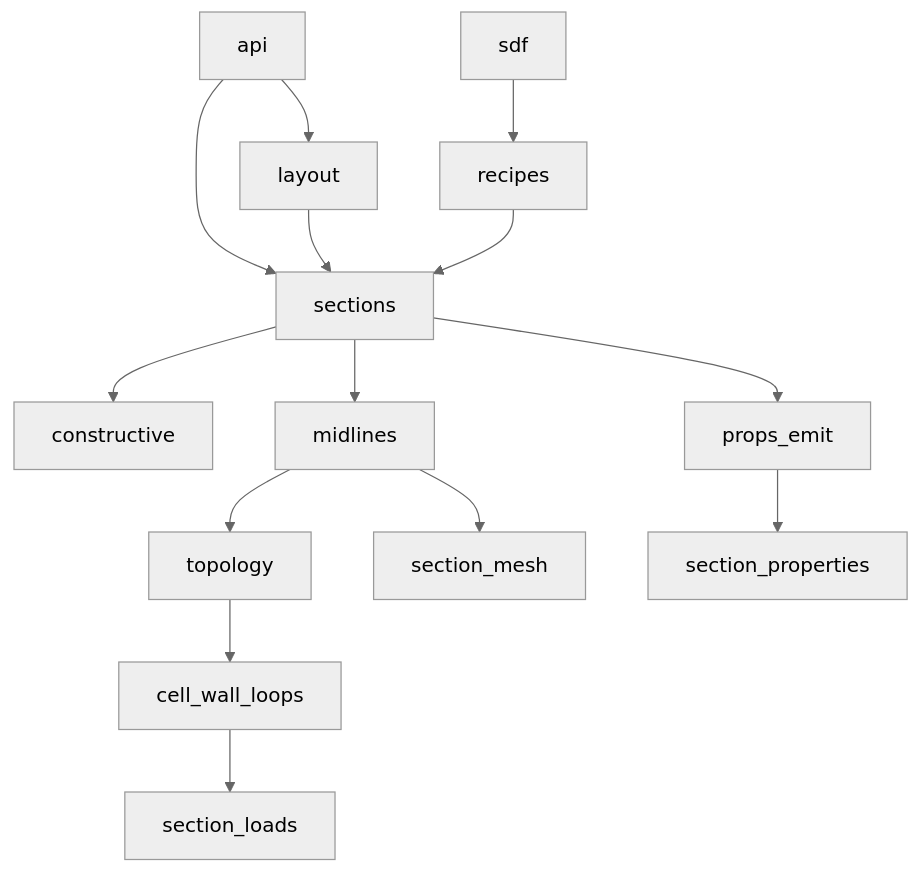
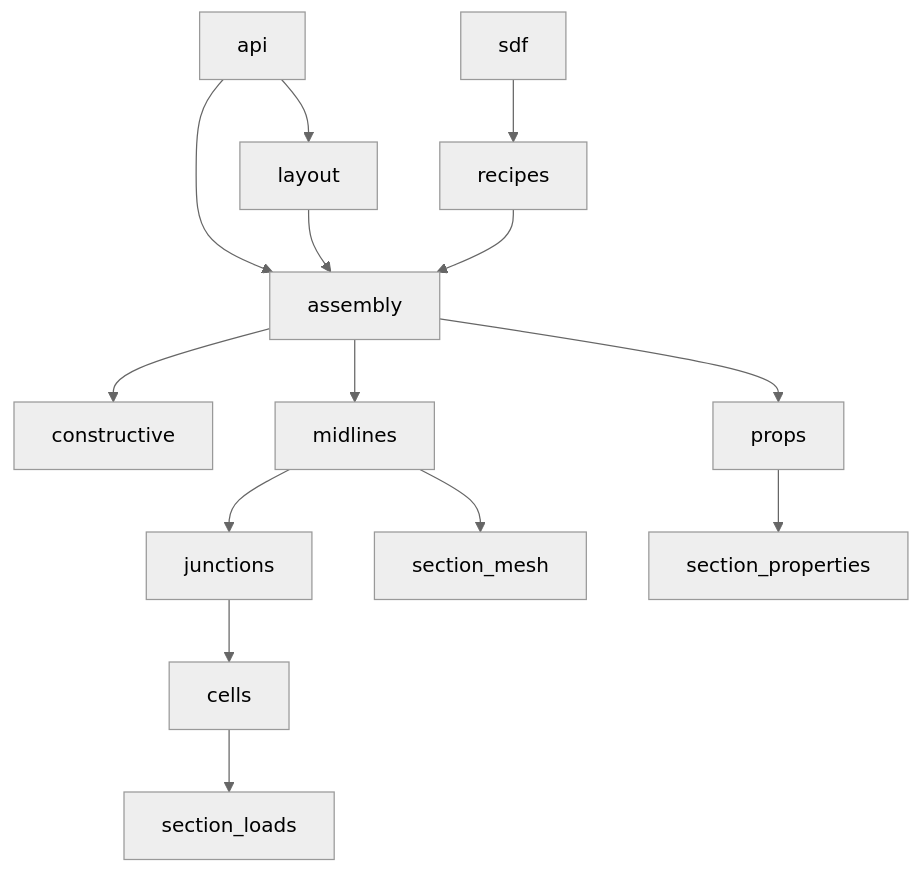
One commit to samhughes-fea/implicit-geometry-kernel changed the second of 3 diagrams in docs/section/README.md. Above: the diagram before and after it, drawn with Mermaid (neutral theme). The commit also changed other lines of this file and 406 other files, not shown here.

````diff
--- a/docs/section/README.md
+++ b/docs/section/README.md
@@ -189,16 +188,16 @@
 ```mermaid
 flowchart TB
   Api[api] --> Layout[layout]
-  Api --> Sections[sections]
-  Layout --> Sections
-  Recipes[recipes] --> Sections
+  Api --> Assembly[assembly]
+  Layout --> Assembly
+  Recipes[recipes] --> Assembly
   Sdf[sdf] --> Recipes
-  Sections --> Constructive[constructive]
-  Sections --> Mid[midlines]
-  Mid --> Topo[topology]
-  Topo --> CellWall[cell_wall_loops]
-  Sections --> PropsEmit[props_emit]
+  Assembly --> Constructive[constructive]
+  Assembly --> Mid[midlines]
+  Mid --> Topo[junctions]
+  Topo --> CellWall[cells]
+  Assembly --> Props[props]
   Mid --> Mesh[section_mesh]
   CellWall --> Loads[section_loads]
-  PropsEmit --> SecProps[section_properties]
+  Props --> SecProps[section_properties]
 ```
````
